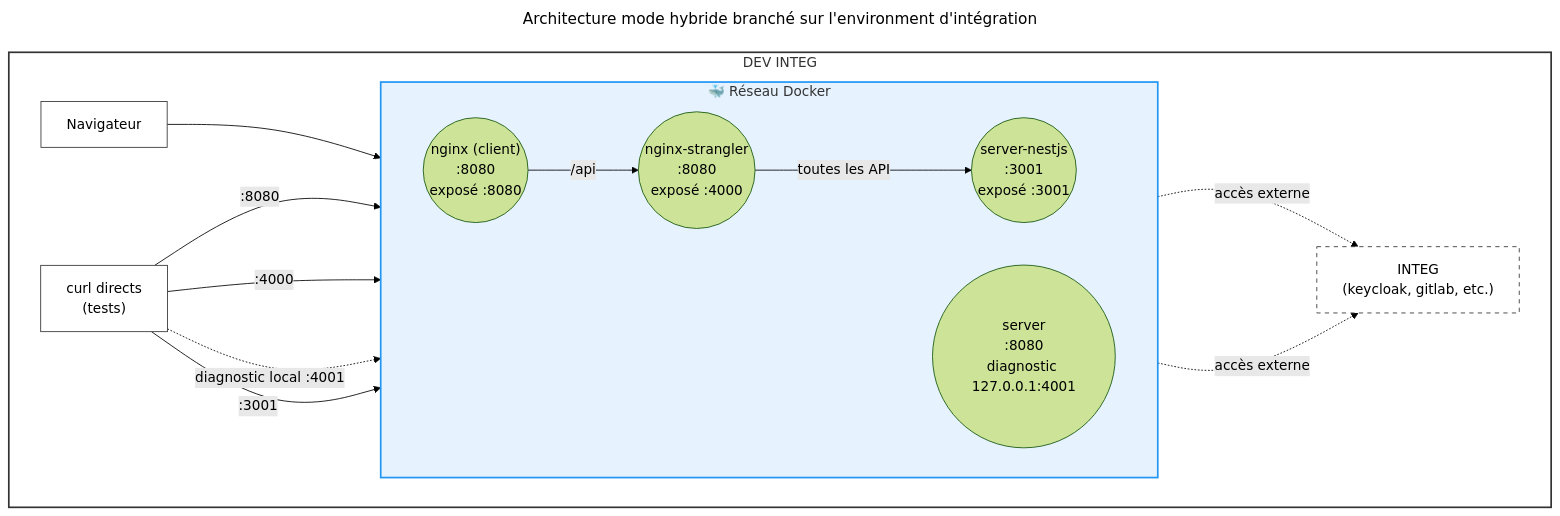
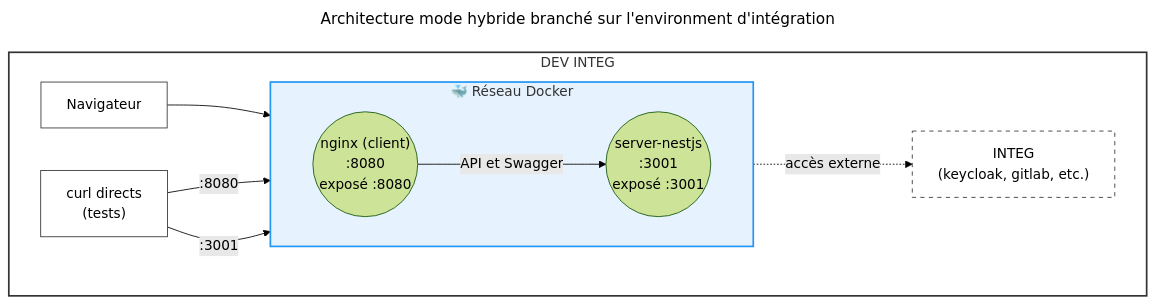
The second of 2 diagrams in ENVIRONMENTS.md (cloud-pi-native/console), drawn with Mermaid (forest theme) before and after one commit. The commit also changed other lines of this file and 33 other files, not shown here.

````diff
--- a/ENVIRONMENTS.md
+++ b/ENVIRONMENTS.md
@@ -346,39 +320,33 @@
 ```mermaid
 ---
 title: Architecture mode hybride branché sur l'environment d'intégration
 ---
 graph LR
 
   subgraph DEV_INTEG["DEV INTEG"]
     direction LR
     NAV_I["Navigateur"]
     CURL_I["curl directs\n(tests)"]
     INTEG["INTEG\n(keycloak, gitlab, etc.)"]
 
     subgraph DOCKER_NET["🐳 Réseau Docker"]
       direction LR
       NGINX_I(("nginx (client)\n:8080\nexposé :8080"))
-      STRANGLER_I(("nginx-strangler\n:8080\nexposé :4000"))
-      SERVER_I(("server\n:8080\ndiagnostic 127.0.0.1:4001"))
       NESTJS_I(("server-nestjs\n:3001\nexposé :3001"))
 
-      NGINX_I -- "/api" --> STRANGLER_I
-      STRANGLER_I -- "toutes les API" --> NESTJS_I
+      NGINX_I -- "API et Swagger" --> NESTJS_I
     end
 
     NAV_I --> NGINX_I
-    SERVER_I -. "accès externe" .-> INTEG
     NESTJS_I -. "accès externe" .-> INTEG
 
     CURL_I -- ":8080" --> NGINX_I
-    CURL_I -- ":4000" --> STRANGLER_I
-    CURL_I -. "diagnostic local :4001" .-> SERVER_I
     CURL_I -- ":3001" --> NESTJS_I
   end
 
   style DEV_INTEG fill:#fff,stroke:#333,stroke-width:2px
   style DOCKER_NET fill:#e6f3ff,stroke:#2196F3,stroke-width:2px
   style NAV_I fill:#fff,stroke:#333
   style CURL_I fill:#fff,stroke:#333
   style INTEG fill:#fff,stroke:#333,stroke-dasharray: 5 5
 ```
````
